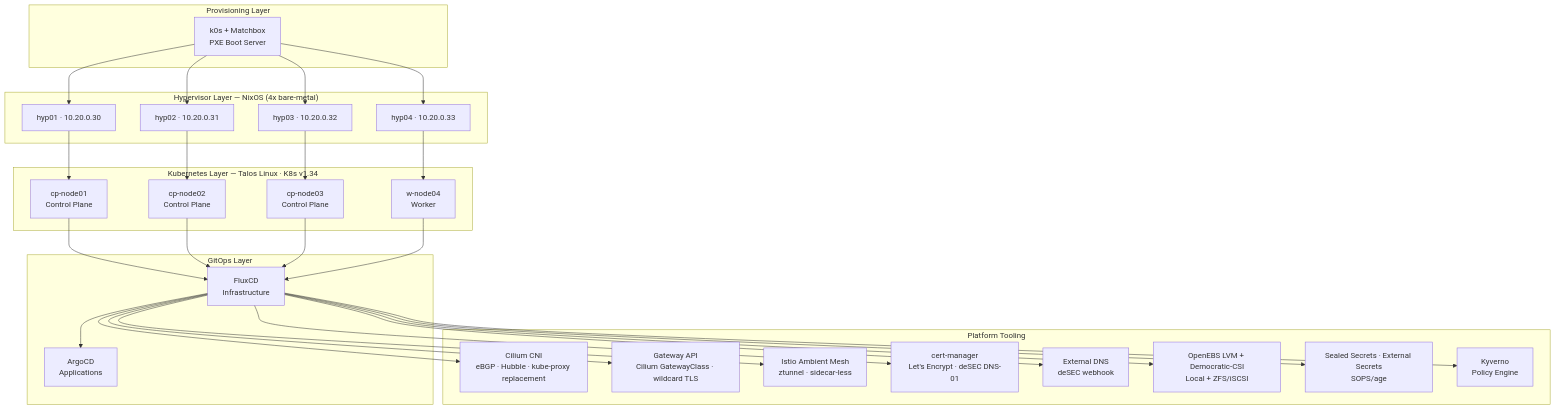
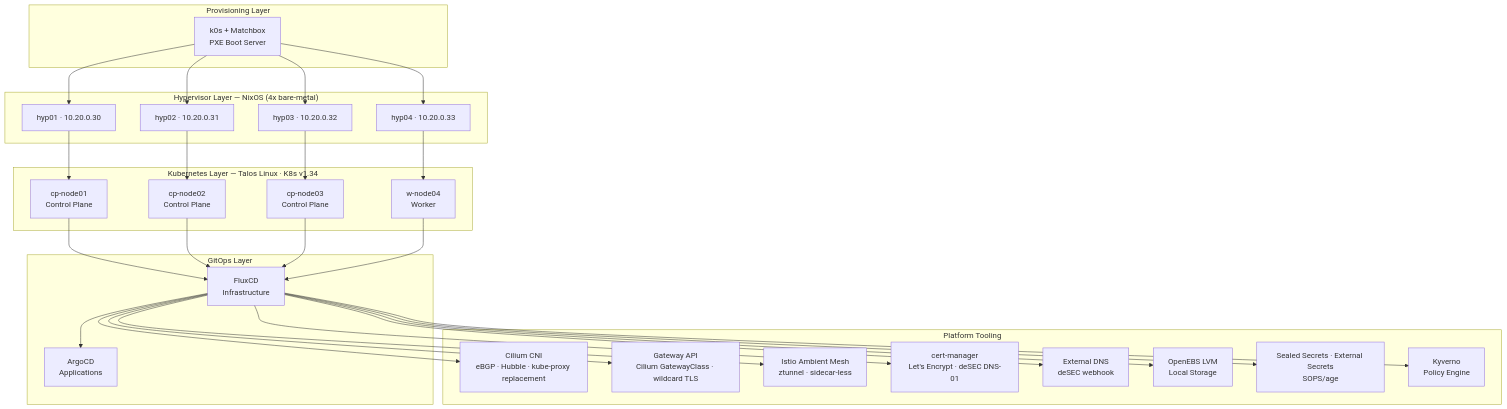
One commit to Kubernetes-Platform-Lab/homelab changed the diagram in README.md. Above: the diagram before and after it, drawn with Mermaid. The commit also changed other lines of this file, not shown here.

Commit message:
remove democratic-csi from README.md as it is deprecated

````diff
--- a/README.md
+++ b/README.md
@@ -21,45 +21,45 @@
 ```mermaid
 graph TB
     subgraph Provisioning["Provisioning Layer"]
         PXE["k0s + Matchbox<br/>PXE Boot Server"]
     end
 
     subgraph Hypervisors["Hypervisor Layer — NixOS (4x bare-metal)"]
         hyp01["hyp01 · 10.20.0.30"]
         hyp02["hyp02 · 10.20.0.31"]
         hyp03["hyp03 · 10.20.0.32"]
         hyp04["hyp04 · 10.20.0.33"]
     end
 
     subgraph Kubernetes["Kubernetes Layer — Talos Linux · K8s v1.34"]
         cp1["cp-node01<br/>Control Plane"]
         cp2["cp-node02<br/>Control Plane"]
         cp3["cp-node03<br/>Control Plane"]
         w4["w-node04<br/>Worker"]
     end
 
     subgraph GitOps["GitOps Layer"]
         flux["FluxCD<br/>Infrastructure"]
         argocd["ArgoCD<br/>Applications"]
     end
 
     subgraph Platform["Platform Tooling"]
         cilium["Cilium CNI<br/>eBGP · Hubble · kube-proxy replacement"]
         gw["Gateway API<br/>Cilium GatewayClass · wildcard TLS"]
         istio["Istio Ambient Mesh<br/>ztunnel · sidecar-less"]
         cert["cert-manager<br/>Let's Encrypt · deSEC DNS-01"]
         dns["External DNS<br/>deSEC webhook"]
-        storage["OpenEBS LVM + Democratic-CSI<br/>Local + ZFS/iSCSI"]
+        storage["OpenEBS LVM<br/>Local Storage"]
         secrets["Sealed Secrets · External Secrets<br/>SOPS/age"]
         kyverno["Kyverno<br/>Policy Engine"]
     end
 
     PXE --> hyp01 & hyp02 & hyp03 & hyp04
     hyp01 --> cp1
     hyp02 --> cp2
     hyp03 --> cp3
     hyp04 --> w4
     cp1 & cp2 & cp3 & w4 --> flux
     flux --> cilium & gw & istio & cert & dns & storage & secrets & kyverno
     flux --> argocd
 ```
````
